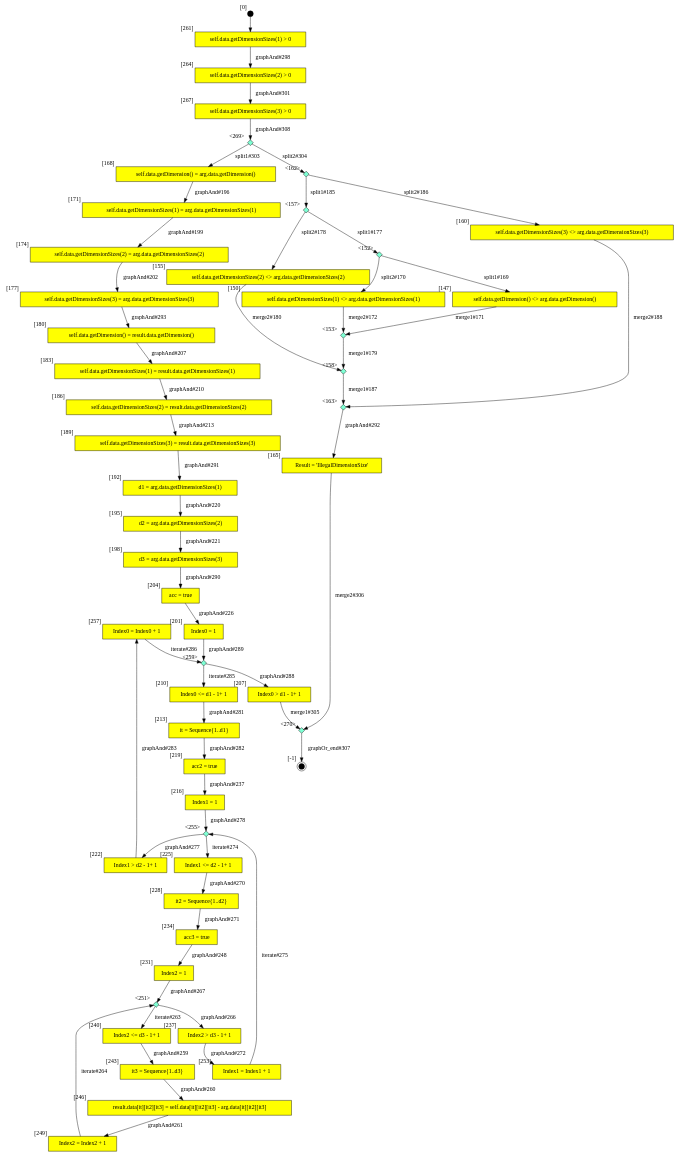
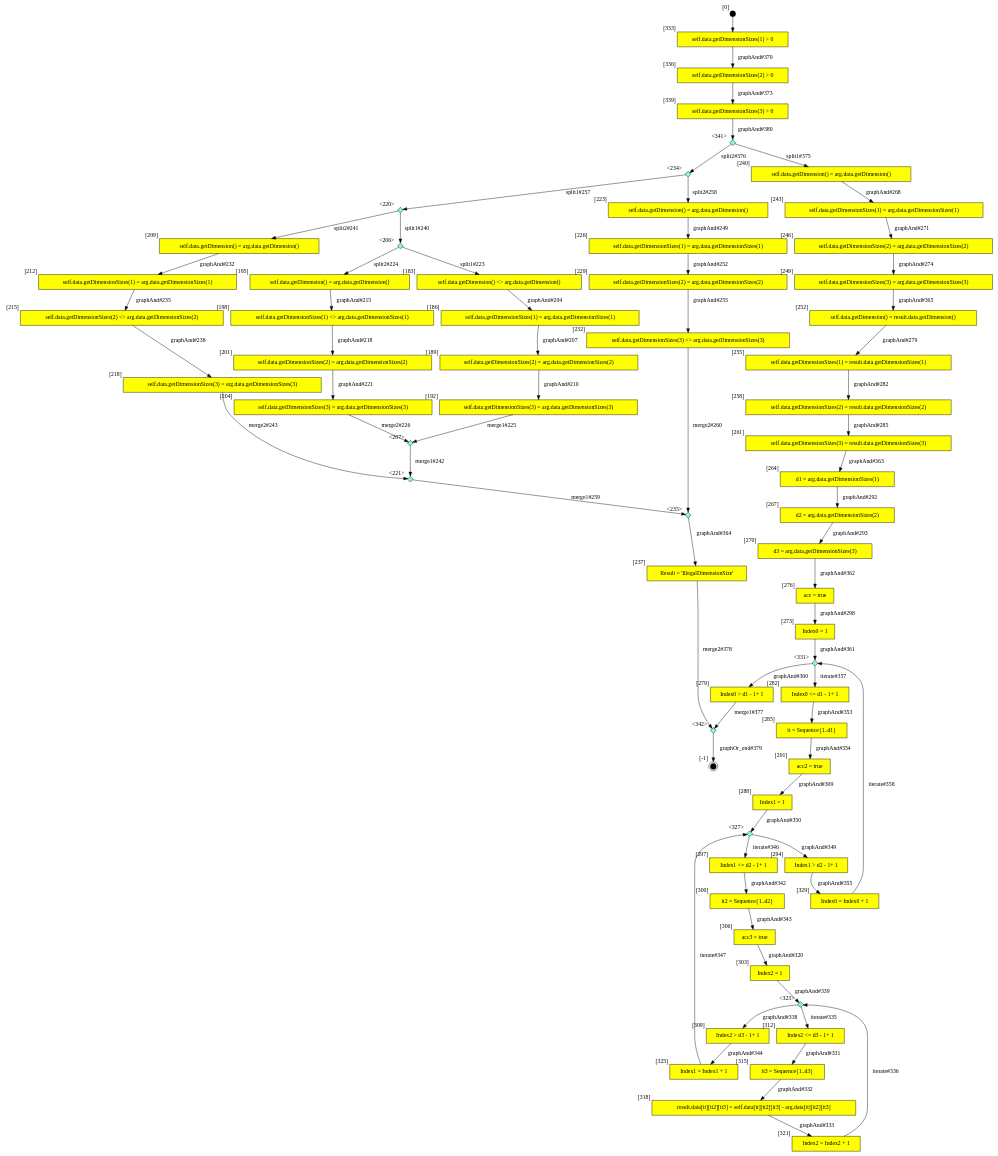
Before and after one commit to SamHseih/ocl-testcase-generator: the diagram in output/CLG/ThreeDimVarArray/DynamicFixedsizeArrays_ThreeDimVarArray_sub_DCC.dot, drawn with Graphviz. The commit also changed 2175 other files, not shown here.

```diff
--- a/output/CLG/ThreeDimVarArray/DynamicFixedsizeArrays_ThreeDimVarArray_sub_DCC.dot
+++ b/output/CLG/ThreeDimVarArray/DynamicFixedsizeArrays_ThreeDimVarArray_sub_DCC.dot
@@ -1,110 +1,134 @@
 digraph CLG {
-  257 [shape="box", label="Index0 = Index0 + 1", style=filled, fillcolor=yellow, xlabel="[257]"];
-  259 [shape="diamond", label="", xlabel="<259>", style=filled, fillcolor=aquamarine, fixedsize=true, width=.2, height=.2];
-  260 [style=filled, fillcolor=black, shape="circle", label="", fixedsize=true, width=.2, height=.2, xlabel="[0]"];
-  261 [shape="box", label="self.data.getDimensionSizes(1) > 0", style=filled, fillcolor=yellow, xlabel="[261]"];
-  264 [shape="box", label="self.data.getDimensionSizes(2) > 0", style=filled, fillcolor=yellow, xlabel="[264]"];
-  267 [shape="box", label="self.data.getDimensionSizes(3) > 0", style=filled, fillcolor=yellow, xlabel="[267]"];
-  269 [shape="diamond", label="", xlabel="<269>", style=filled, fillcolor=aquamarine, fixedsize=true, width=.2, height=.2];
-  270 [shape="diamond", label="", xlabel="<270>", style=filled, fillcolor=aquamarine, fixedsize=true, width=.2, height=.2];
-  147 [shape="box", label="self.data.getDimension() <> arg.data.getDimension()", style=filled, fillcolor=yellow, xlabel="[147]"];
-  150 [shape="box", label="self.data.getDimensionSizes(1) <> arg.data.getDimensionSizes(1)", style=filled, fillcolor=yellow, xlabel="[150]"];
-  152 [shape="diamond", label="", xlabel="<152>", style=filled, fillcolor=aquamarine, fixedsize=true, width=.2, height=.2];
-  153 [shape="diamond", label="", xlabel="<153>", style=filled, fillcolor=aquamarine, fixedsize=true, width=.2, height=.2];
-  155 [shape="box", label="self.data.getDimensionSizes(2) <> arg.data.getDimensionSizes(2)", style=filled, fillcolor=yellow, xlabel="[155]"];
-  157 [shape="diamond", label="", xlabel="<157>", style=filled, fillcolor=aquamarine, fixedsize=true, width=.2, height=.2];
-  158 [shape="diamond", label="", xlabel="<158>", style=filled, fillcolor=aquamarine, fixedsize=true, width=.2, height=.2];
-  160 [shape="box", label="self.data.getDimensionSizes(3) <> arg.data.getDimensionSizes(3)", style=filled, fillcolor=yellow, xlabel="[160]"];
-  162 [shape="diamond", label="", xlabel="<162>", style=filled, fillcolor=aquamarine, fixedsize=true, width=.2, height=.2];
-  163 [shape="diamond", label="", xlabel="<163>", style=filled, fillcolor=aquamarine, fixedsize=true, width=.2, height=.2];
-  165 [shape="box", label="Result = 'IllegalDimensionSize'", style=filled, fillcolor=yellow, xlabel="[165]"];
-  166 [style=filled, fillcolor=black, shape="doublecircle", label="", fixedsize=true, width=.2, height=.2, xlabel="[-1]"];
-  168 [shape="box", label="self.data.getDimension() = arg.data.getDimension()", style=filled, fillcolor=yellow, xlabel="[168]"];
-  171 [shape="box", label="self.data.getDimensionSizes(1) = arg.data.getDimensionSizes(1)", style=filled, fillcolor=yellow, xlabel="[171]"];
-  174 [shape="box", label="self.data.getDimensionSizes(2) = arg.data.getDimensionSizes(2)", style=filled, fillcolor=yellow, xlabel="[174]"];
-  177 [shape="box", label="self.data.getDimensionSizes(3) = arg.data.getDimensionSizes(3)", style=filled, fillcolor=yellow, xlabel="[177]"];
-  180 [shape="box", label="self.data.getDimension() = result.data.getDimension()", style=filled, fillcolor=yellow, xlabel="[180]"];
-  183 [shape="box", label="self.data.getDimensionSizes(1) = result.data.getDimensionSizes(1)", style=filled, fillcolor=yellow, xlabel="[183]"];
-  186 [shape="box", label="self.data.getDimensionSizes(2) = result.data.getDimensionSizes(2)", style=filled, fillcolor=yellow, xlabel="[186]"];
-  189 [shape="box", label="self.data.getDimensionSizes(3) = result.data.getDimensionSizes(3)", style=filled, fillcolor=yellow, xlabel="[189]"];
-  192 [shape="box", label="d1 = arg.data.getDimensionSizes(1)", style=filled, fillcolor=yellow, xlabel="[192]"];
-  195 [shape="box", label="d2 = arg.data.getDimensionSizes(2)", style=filled, fillcolor=yellow, xlabel="[195]"];
-  198 [shape="box", label="d3 = arg.data.getDimensionSizes(3)", style=filled, fillcolor=yellow, xlabel="[198]"];
-  201 [shape="box", label="Index0 = 1", style=filled, fillcolor=yellow, xlabel="[201]"];
-  204 [shape="box", label="acc = true", style=filled, fillcolor=yellow, xlabel="[204]"];
-  207 [shape="box", label="Index0 > d1 - 1+ 1", style=filled, fillcolor=yellow, xlabel="[207]"];
-  210 [shape="box", label="Index0 <= d1 - 1+ 1", style=filled, fillcolor=yellow, xlabel="[210]"];
-  213 [shape="box", label="it = Sequence{1..d1}", style=filled, fillcolor=yellow, xlabel="[213]"];
-  216 [shape="box", label="Index1 = 1", style=filled, fillcolor=yellow, xlabel="[216]"];
-  219 [shape="box", label="acc2 = true", style=filled, fillcolor=yellow, xlabel="[219]"];
-  222 [shape="box", label="Index1 > d2 - 1+ 1", style=filled, fillcolor=yellow, xlabel="[222]"];
-  225 [shape="box", label="Index1 <= d2 - 1+ 1", style=filled, fillcolor=yellow, xlabel="[225]"];
-  228 [shape="box", label="it2 = Sequence{1..d2}", style=filled, fillcolor=yellow, xlabel="[228]"];
-  231 [shape="box", label="Index2 = 1", style=filled, fillcolor=yellow, xlabel="[231]"];
-  234 [shape="box", label="acc3 = true", style=filled, fillcolor=yellow, xlabel="[234]"];
-  237 [shape="box", label="Index2 > d3 - 1+ 1", style=filled, fillcolor=yellow, xlabel="[237]"];
-  240 [shape="box", label="Index2 <= d3 - 1+ 1", style=filled, fillcolor=yellow, xlabel="[240]"];
-  243 [shape="box", label="it3 = Sequence{1..d3}", style=filled, fillcolor=yellow, xlabel="[243]"];
-  246 [shape="box", label="result.data[it][it2][it3] = self.data[it][it2][it3] - arg.data[it][it2][it3]", style=filled, fillcolor=yellow, xlabel="[246]"];
-  249 [shape="box", label="Index2 = Index2 + 1", style=filled, fillcolor=yellow, xlabel="[249]"];
-  251 [shape="diamond", label="", xlabel="<251>", style=filled, fillcolor=aquamarine, fixedsize=true, width=.2, height=.2];
-  253 [shape="box", label="Index1 = Index1 + 1", style=filled, fillcolor=yellow, xlabel="[253]"];
-  255 [shape="diamond", label="", xlabel="<255>", style=filled, fillcolor=aquamarine, fixedsize=true, width=.2, height=.2];
-  240 -> 243[label="graphAnd#259"];
-  243 -> 246[label="graphAnd#260"];
-  246 -> 249[label="graphAnd#261"];
-  251 -> 240[label="iterate#263"];
-  249 -> 251[label="iterate#264"];
-  251 -> 237[label="graphAnd#266"];
-  231 -> 251[label="graphAnd#267"];
-  225 -> 228[label="graphAnd#270"];
-  228 -> 234[label="graphAnd#271"];
-  237 -> 253[label="graphAnd#272"];
-  255 -> 225[label="iterate#274"];
-  253 -> 255[label="iterate#275"];
-  255 -> 222[label="graphAnd#277"];
-  216 -> 255[label="graphAnd#278"];
-  210 -> 213[label="graphAnd#281"];
-  213 -> 219[label="graphAnd#282"];
-  222 -> 257[label="graphAnd#283"];
-  259 -> 210[label="iterate#285"];
-  257 -> 259[label="iterate#286"];
-  259 -> 207[label="graphAnd#288"];
-  201 -> 259[label="graphAnd#289"];
-  198 -> 204[label="graphAnd#290"];
-  189 -> 192[label="graphAnd#291"];
-  163 -> 165[label="graphAnd#292"];
-  177 -> 180[label="graphAnd#293"];
-  260 -> 261;
-  152 -> 147[label="split1#169"];
-  261 -> 264[label="graphAnd#298"];
-  152 -> 150[label="split2#170"];
-  147 -> 153[label="merge1#171"];
-  150 -> 153[label="merge2#172"];
-  264 -> 267[label="graphAnd#301"];
-  269 -> 168[label="split1#303"];
-  269 -> 162[label="split2#304"];
-  207 -> 270[label="merge1#305"];
-  157 -> 152[label="split1#177"];
-  165 -> 270[label="merge2#306"];
-  157 -> 155[label="split2#178"];
-  270 -> 166[label="graphOr_end#307"];
-  153 -> 158[label="merge1#179"];
-  267 -> 269[label="graphAnd#308"];
-  155 -> 158[label="merge2#180"];
-  162 -> 157[label="split1#185"];
-  162 -> 160[label="split2#186"];
-  158 -> 163[label="merge1#187"];
-  160 -> 163[label="merge2#188"];
-  168 -> 171[label="graphAnd#196"];
-  171 -> 174[label="graphAnd#199"];
-  174 -> 177[label="graphAnd#202"];
-  180 -> 183[label="graphAnd#207"];
-  183 -> 186[label="graphAnd#210"];
-  186 -> 189[label="graphAnd#213"];
-  192 -> 195[label="graphAnd#220"];
-  195 -> 198[label="graphAnd#221"];
-  204 -> 201[label="graphAnd#226"];
-  219 -> 216[label="graphAnd#237"];
-  234 -> 231[label="graphAnd#248"];
+  258 [shape="box", label="self.data.getDimensionSizes(2) = result.data.getDimensionSizes(2)", style=filled, fillcolor=yellow, xlabel="[258]"];
+  261 [shape="box", label="self.data.getDimensionSizes(3) = result.data.getDimensionSizes(3)", style=filled, fillcolor=yellow, xlabel="[261]"];
+  264 [shape="box", label="d1 = arg.data.getDimensionSizes(1)", style=filled, fillcolor=yellow, xlabel="[264]"];
+  267 [shape="box", label="d2 = arg.data.getDimensionSizes(2)", style=filled, fillcolor=yellow, xlabel="[267]"];
+  270 [shape="box", label="d3 = arg.data.getDimensionSizes(3)", style=filled, fillcolor=yellow, xlabel="[270]"];
+  273 [shape="box", label="Index0 = 1", style=filled, fillcolor=yellow, xlabel="[273]"];
+  276 [shape="box", label="acc = true", style=filled, fillcolor=yellow, xlabel="[276]"];
+  279 [shape="box", label="Index0 > d1 - 1+ 1", style=filled, fillcolor=yellow, xlabel="[279]"];
+  282 [shape="box", label="Index0 <= d1 - 1+ 1", style=filled, fillcolor=yellow, xlabel="[282]"];
+  285 [shape="box", label="it = Sequence{1..d1}", style=filled, fillcolor=yellow, xlabel="[285]"];
+  288 [shape="box", label="Index1 = 1", style=filled, fillcolor=yellow, xlabel="[288]"];
+  291 [shape="box", label="acc2 = true", style=filled, fillcolor=yellow, xlabel="[291]"];
+  294 [shape="box", label="Index1 > d2 - 1+ 1", style=filled, fillcolor=yellow, xlabel="[294]"];
+  297 [shape="box", label="Index1 <= d2 - 1+ 1", style=filled, fillcolor=yellow, xlabel="[297]"];
+  300 [shape="box", label="it2 = Sequence{1..d2}", style=filled, fillcolor=yellow, xlabel="[300]"];
+  303 [shape="box", label="Index2 = 1", style=filled, fillcolor=yellow, xlabel="[303]"];
+  306 [shape="box", label="acc3 = true", style=filled, fillcolor=yellow, xlabel="[306]"];
+  309 [shape="box", label="Index2 > d3 - 1+ 1", style=filled, fillcolor=yellow, xlabel="[309]"];
+  183 [shape="box", label="self.data.getDimension() <> arg.data.getDimension()", style=filled, fillcolor=yellow, xlabel="[183]"];
+  312 [shape="box", label="Index2 <= d3 - 1+ 1", style=filled, fillcolor=yellow, xlabel="[312]"];
+  186 [shape="box", label="self.data.getDimensionSizes(1) = arg.data.getDimensionSizes(1)", style=filled, fillcolor=yellow, xlabel="[186]"];
+  315 [shape="box", label="it3 = Sequence{1..d3}", style=filled, fillcolor=yellow, xlabel="[315]"];
+  189 [shape="box", label="self.data.getDimensionSizes(2) = arg.data.getDimensionSizes(2)", style=filled, fillcolor=yellow, xlabel="[189]"];
+  318 [shape="box", label="result.data[it][it2][it3] = self.data[it][it2][it3] - arg.data[it][it2][it3]", style=filled, fillcolor=yellow, xlabel="[318]"];
+  192 [shape="box", label="self.data.getDimensionSizes(3) = arg.data.getDimensionSizes(3)", style=filled, fillcolor=yellow, xlabel="[192]"];
+  321 [shape="box", label="Index2 = Index2 + 1", style=filled, fillcolor=yellow, xlabel="[321]"];
+  323 [shape="diamond", label="", xlabel="<323>", style=filled, fillcolor=aquamarine, fixedsize=true, width=.2, height=.2];
+  195 [shape="box", label="self.data.getDimension() = arg.data.getDimension()", style=filled, fillcolor=yellow, xlabel="[195]"];
+  325 [shape="box", label="Index1 = Index1 + 1", style=filled, fillcolor=yellow, xlabel="[325]"];
+  198 [shape="box", label="self.data.getDimensionSizes(1) <> arg.data.getDimensionSizes(1)", style=filled, fillcolor=yellow, xlabel="[198]"];
+  327 [shape="diamond", label="", xlabel="<327>", style=filled, fillcolor=aquamarine, fixedsize=true, width=.2, height=.2];
+  329 [shape="box", label="Index0 = Index0 + 1", style=filled, fillcolor=yellow, xlabel="[329]"];
+  201 [shape="box", label="self.data.getDimensionSizes(2) = arg.data.getDimensionSizes(2)", style=filled, fillcolor=yellow, xlabel="[201]"];
+  331 [shape="diamond", label="", xlabel="<331>", style=filled, fillcolor=aquamarine, fixedsize=true, width=.2, height=.2];
+  332 [style=filled, fillcolor=black, shape="circle", label="", fixedsize=true, width=.2, height=.2, xlabel="[0]"];
+  204 [shape="box", label="self.data.getDimensionSizes(3) = arg.data.getDimensionSizes(3)", style=filled, fillcolor=yellow, xlabel="[204]"];
+  333 [shape="box", label="self.data.getDimensionSizes(1) > 0", style=filled, fillcolor=yellow, xlabel="[333]"];
+  206 [shape="diamond", label="", xlabel="<206>", style=filled, fillcolor=aquamarine, fixedsize=true, width=.2, height=.2];
+  207 [shape="diamond", label="", xlabel="<207>", style=filled, fillcolor=aquamarine, fixedsize=true, width=.2, height=.2];
+  336 [shape="box", label="self.data.getDimensionSizes(2) > 0", style=filled, fillcolor=yellow, xlabel="[336]"];
+  209 [shape="box", label="self.data.getDimension() = arg.data.getDimension()", style=filled, fillcolor=yellow, xlabel="[209]"];
+  339 [shape="box", label="self.data.getDimensionSizes(3) > 0", style=filled, fillcolor=yellow, xlabel="[339]"];
+  212 [shape="box", label="self.data.getDimensionSizes(1) = arg.data.getDimensionSizes(1)", style=filled, fillcolor=yellow, xlabel="[212]"];
+  341 [shape="diamond", label="", xlabel="<341>", style=filled, fillcolor=aquamarine, fixedsize=true, width=.2, height=.2];
+  342 [shape="diamond", label="", xlabel="<342>", style=filled, fillcolor=aquamarine, fixedsize=true, width=.2, height=.2];
+  215 [shape="box", label="self.data.getDimensionSizes(2) <> arg.data.getDimensionSizes(2)", style=filled, fillcolor=yellow, xlabel="[215]"];
+  218 [shape="box", label="self.data.getDimensionSizes(3) = arg.data.getDimensionSizes(3)", style=filled, fillcolor=yellow, xlabel="[218]"];
+  220 [shape="diamond", label="", xlabel="<220>", style=filled, fillcolor=aquamarine, fixedsize=true, width=.2, height=.2];
+  221 [shape="diamond", label="", xlabel="<221>", style=filled, fillcolor=aquamarine, fixedsize=true, width=.2, height=.2];
+  223 [shape="box", label="self.data.getDimension() = arg.data.getDimension()", style=filled, fillcolor=yellow, xlabel="[223]"];
+  226 [shape="box", label="self.data.getDimensionSizes(1) = arg.data.getDimensionSizes(1)", style=filled, fillcolor=yellow, xlabel="[226]"];
+  229 [shape="box", label="self.data.getDimensionSizes(2) = arg.data.getDimensionSizes(2)", style=filled, fillcolor=yellow, xlabel="[229]"];
+  232 [shape="box", label="self.data.getDimensionSizes(3) <> arg.data.getDimensionSizes(3)", style=filled, fillcolor=yellow, xlabel="[232]"];
+  234 [shape="diamond", label="", xlabel="<234>", style=filled, fillcolor=aquamarine, fixedsize=true, width=.2, height=.2];
+  235 [shape="diamond", label="", xlabel="<235>", style=filled, fillcolor=aquamarine, fixedsize=true, width=.2, height=.2];
+  237 [shape="box", label="Result = 'IllegalDimensionSize'", style=filled, fillcolor=yellow, xlabel="[237]"];
+  238 [style=filled, fillcolor=black, shape="doublecircle", label="", fixedsize=true, width=.2, height=.2, xlabel="[-1]"];
+  240 [shape="box", label="self.data.getDimension() = arg.data.getDimension()", style=filled, fillcolor=yellow, xlabel="[240]"];
+  243 [shape="box", label="self.data.getDimensionSizes(1) = arg.data.getDimensionSizes(1)", style=filled, fillcolor=yellow, xlabel="[243]"];
+  246 [shape="box", label="self.data.getDimensionSizes(2) = arg.data.getDimensionSizes(2)", style=filled, fillcolor=yellow, xlabel="[246]"];
+  249 [shape="box", label="self.data.getDimensionSizes(3) = arg.data.getDimensionSizes(3)", style=filled, fillcolor=yellow, xlabel="[249]"];
+  252 [shape="box", label="self.data.getDimension() = result.data.getDimension()", style=filled, fillcolor=yellow, xlabel="[252]"];
+  255 [shape="box", label="self.data.getDimensionSizes(1) = result.data.getDimensionSizes(1)", style=filled, fillcolor=yellow, xlabel="[255]"];
+  234 -> 220[label="split1#257"];
+  234 -> 223[label="split2#258"];
+  221 -> 235[label="merge1#259"];
+  232 -> 235[label="merge2#260"];
+  240 -> 243[label="graphAnd#268"];
+  243 -> 246[label="graphAnd#271"];
+  246 -> 249[label="graphAnd#274"];
+  252 -> 255[label="graphAnd#279"];
+  255 -> 258[label="graphAnd#282"];
+  258 -> 261[label="graphAnd#285"];
+  264 -> 267[label="graphAnd#292"];
+  267 -> 270[label="graphAnd#293"];
+  276 -> 273[label="graphAnd#298"];
+  291 -> 288[label="graphAnd#309"];
+  306 -> 303[label="graphAnd#320"];
+  312 -> 315[label="graphAnd#331"];
+  315 -> 318[label="graphAnd#332"];
+  183 -> 186[label="graphAnd#204"];
+  318 -> 321[label="graphAnd#333"];
+  323 -> 312[label="iterate#335"];
+  186 -> 189[label="graphAnd#207"];
+  321 -> 323[label="iterate#336"];
+  323 -> 309[label="graphAnd#338"];
+  189 -> 192[label="graphAnd#210"];
+  303 -> 323[label="graphAnd#339"];
+  297 -> 300[label="graphAnd#342"];
+  300 -> 306[label="graphAnd#343"];
+  195 -> 198[label="graphAnd#215"];
+  309 -> 325[label="graphAnd#344"];
+  327 -> 297[label="iterate#346"];
+  198 -> 201[label="graphAnd#218"];
+  325 -> 327[label="iterate#347"];
+  327 -> 294[label="graphAnd#349"];
+  201 -> 204[label="graphAnd#221"];
+  288 -> 327[label="graphAnd#350"];
+  206 -> 183[label="split1#223"];
+  206 -> 195[label="split2#224"];
+  282 -> 285[label="graphAnd#353"];
+  192 -> 207[label="merge1#225"];
+  285 -> 291[label="graphAnd#354"];
+  204 -> 207[label="merge2#226"];
+  294 -> 329[label="graphAnd#355"];
+  331 -> 282[label="iterate#357"];
+  329 -> 331[label="iterate#358"];
+  331 -> 279[label="graphAnd#360"];
+  209 -> 212[label="graphAnd#232"];
+  273 -> 331[label="graphAnd#361"];
+  270 -> 276[label="graphAnd#362"];
+  261 -> 264[label="graphAnd#363"];
+  212 -> 215[label="graphAnd#235"];
+  235 -> 237[label="graphAnd#364"];
+  249 -> 252[label="graphAnd#365"];
+  332 -> 333;
+  215 -> 218[label="graphAnd#238"];
+  220 -> 206[label="split1#240"];
+  220 -> 209[label="split2#241"];
+  333 -> 336[label="graphAnd#370"];
+  207 -> 221[label="merge1#242"];
+  218 -> 221[label="merge2#243"];
+  336 -> 339[label="graphAnd#373"];
+  341 -> 240[label="split1#375"];
+  341 -> 234[label="split2#376"];
+  279 -> 342[label="merge1#377"];
+  223 -> 226[label="graphAnd#249"];
+  237 -> 342[label="merge2#378"];
+  342 -> 238[label="graphOr_end#379"];
+  339 -> 341[label="graphAnd#380"];
+  226 -> 229[label="graphAnd#252"];
+  229 -> 232[label="graphAnd#255"];
 }
```
